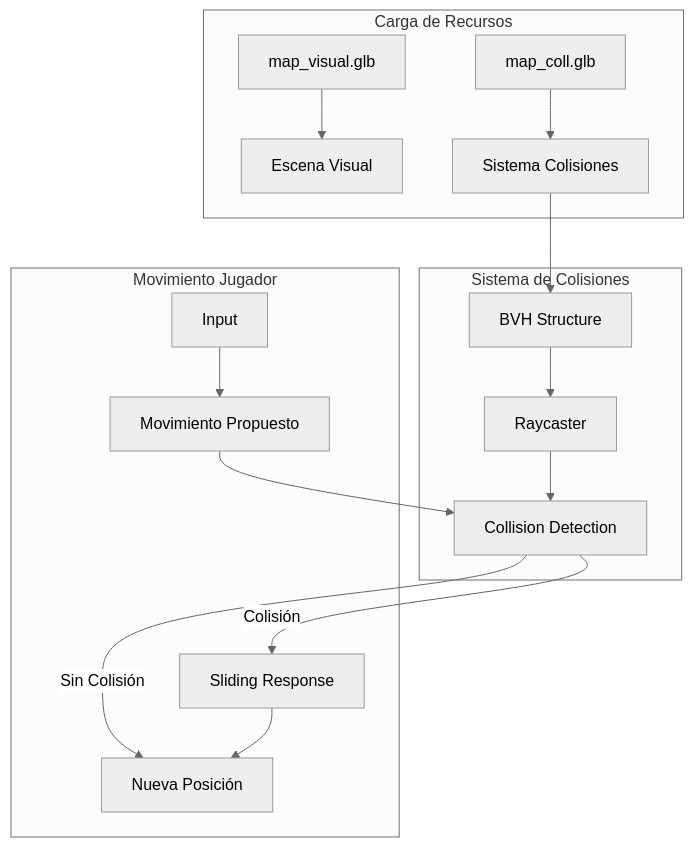
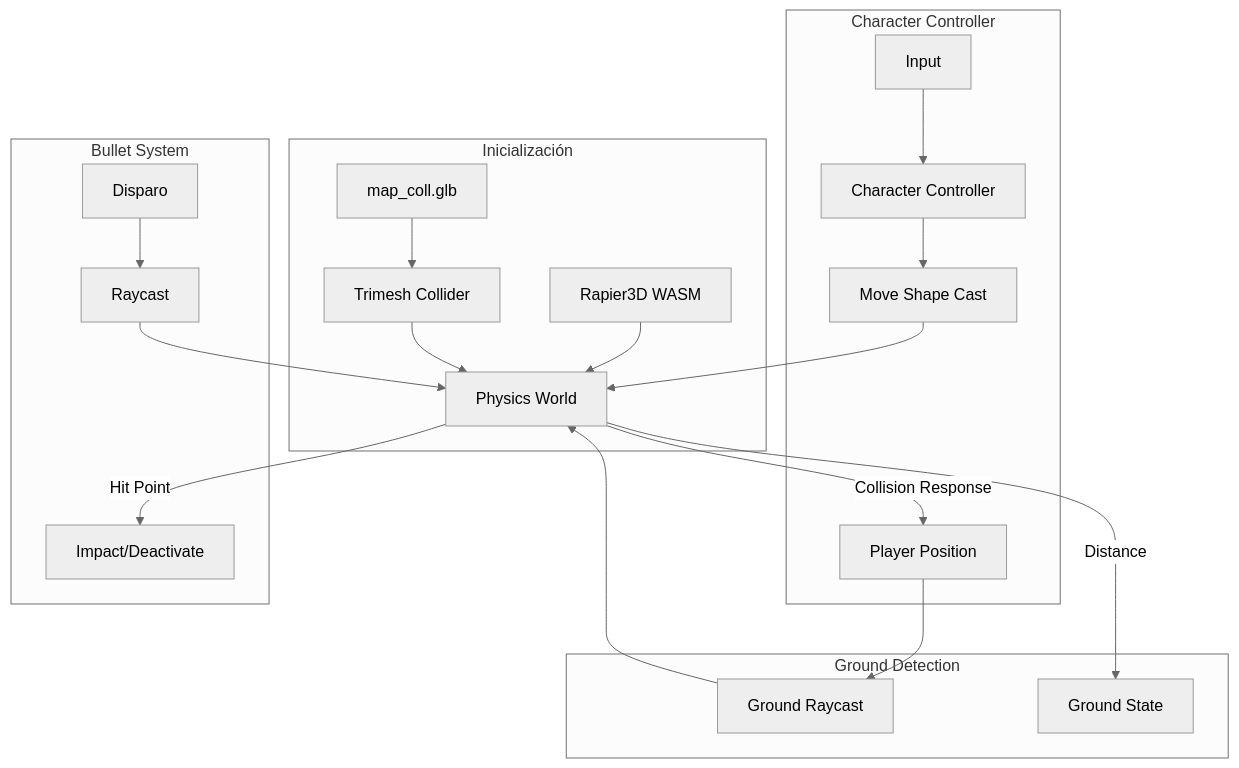
The diagram in .kiro/specs/sistema-colisiones-mapa/design.md (ChristopherDev2319/JuegoWeb), drawn with Mermaid (neutral theme) before and after one commit. The commit also changed other lines of this file and 18 other files, not shown here.

First line of the commit message:
fix: arreglar sistema de colisiones y soporte para rampas

````diff
--- a/.kiro/specs/sistema-colisiones-mapa/design.md
+++ b/.kiro/specs/sistema-colisiones-mapa/design.md
@@ -9,21 +9,27 @@
 ```mermaid
 graph TB
-    subgraph "Carga de Recursos"
-        MV[map_visual.glb] --> ES[Escena Visual]
-        MC[map_coll.glb] --> SC[Sistema Colisiones]
+    subgraph "Inicialización"
+        RAPIER[Rapier3D WASM] --> WORLD[Physics World]
+        MC[map_coll.glb] --> TRIMESH[Trimesh Collider]
+        TRIMESH --> WORLD
     end
     
-    subgraph "Sistema de Colisiones"
-        SC --> BVH[BVH Structure]
-        BVH --> RC[Raycaster]
-        RC --> CD[Collision Detection]
+    subgraph "Character Controller"
+        INPUT[Input] --> CC[Character Controller]
+        CC --> MOVE[Move Shape Cast]
+        MOVE --> WORLD
+        WORLD --> |Collision Response| POS[Player Position]
     end
     
-    subgraph "Movimiento Jugador"
-        INPUT[Input] --> MOV[Movimiento Propuesto]
-        MOV --> CD
-        CD --> |Sin Colisión| POS[Nueva Posición]
-        CD --> |Colisión| SLIDE[Sliding Response]
-        SLIDE --> POS
+    subgraph "Bullet System"
+        SHOOT[Disparo] --> RAY[Raycast]
+        RAY --> WORLD
+        WORLD --> |Hit Point| IMPACT[Impact/Deactivate]
+    end
+    
+    subgraph "Ground Detection"
+        POS --> GROUND[Ground Raycast]
+        GROUND --> WORLD
+        WORLD --> |Distance| STATE[Ground State]
     end
 ```
````
